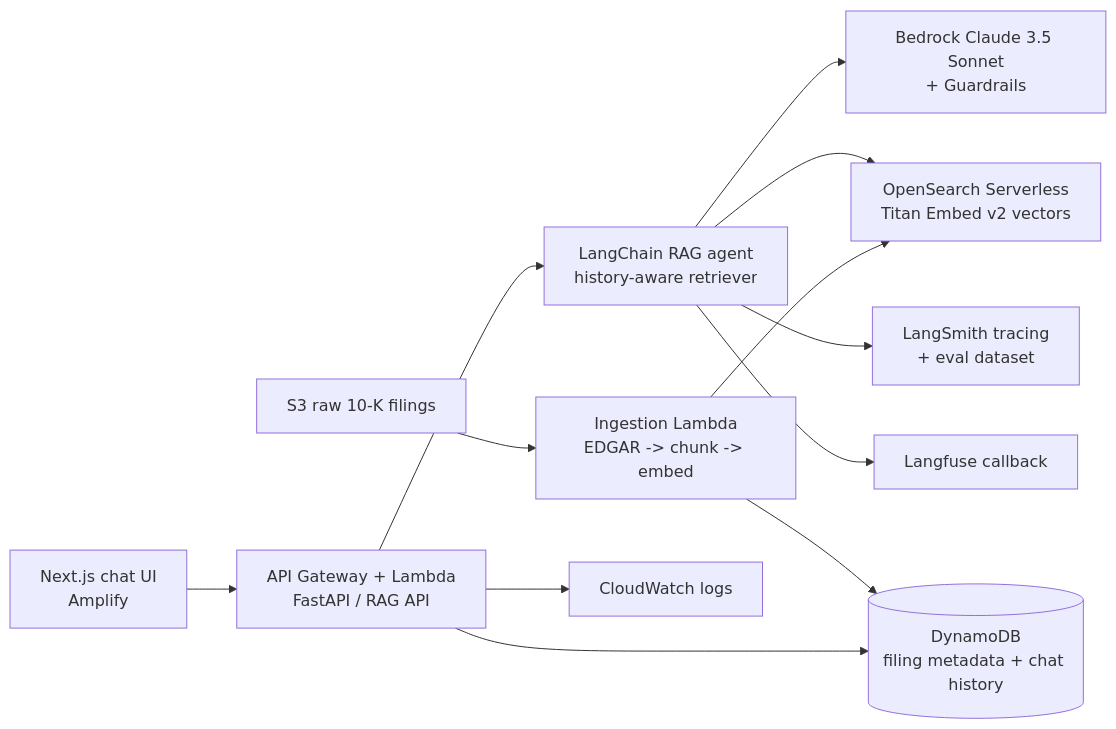
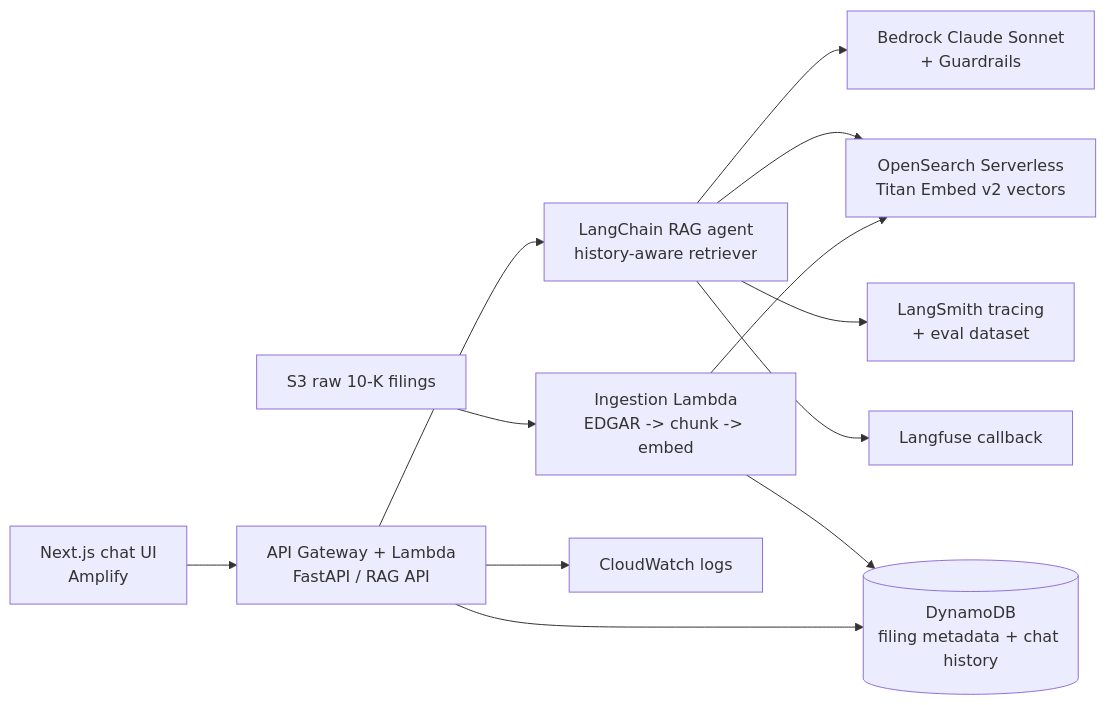
The diagram in README.md (sinharahul/finstack-ai), drawn with Mermaid before and after one commit. The commit also changed other lines of this file and 29 other files, not shown here.

````diff
--- a/README.md
+++ b/README.md
@@ -15,14 +15,14 @@
 ```mermaid
 flowchart LR
     User[Next.js chat UI\nAmplify] --> API[API Gateway + Lambda\nFastAPI / RAG API]
     API --> RAG[LangChain RAG agent\n history-aware retriever]
-    RAG --> Bedrock[Bedrock Claude 3.5 Sonnet\n+ Guardrails]
+    RAG --> Bedrock[Bedrock Claude Sonnet\n+ Guardrails]
     RAG --> OSS[OpenSearch Serverless\nTitan Embed v2 vectors]
     S3[S3 raw 10-K filings] --> Ingest[Ingestion Lambda\nEDGAR -> chunk -> embed]
     Ingest --> OSS
     Ingest --> DDB[(DynamoDB\nfiling metadata + chat history)]
     API --> DDB
     RAG --> LS[LangSmith tracing\n+ eval dataset]
     RAG --> LF[Langfuse callback]
     API --> CW[CloudWatch logs]
 ```
````
